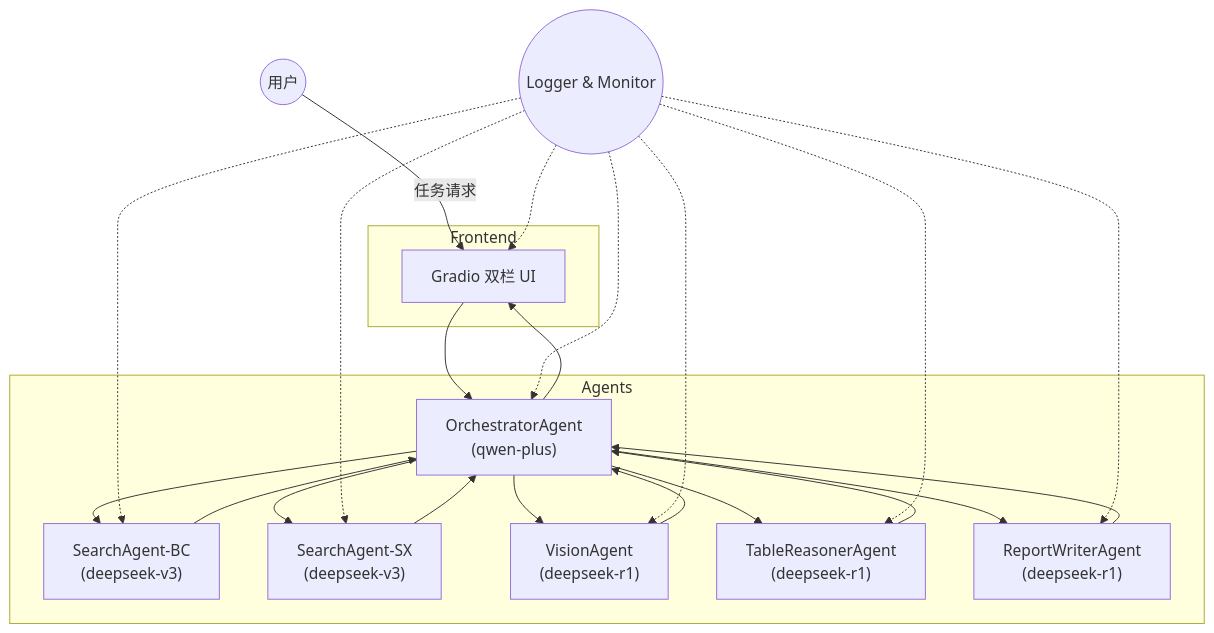
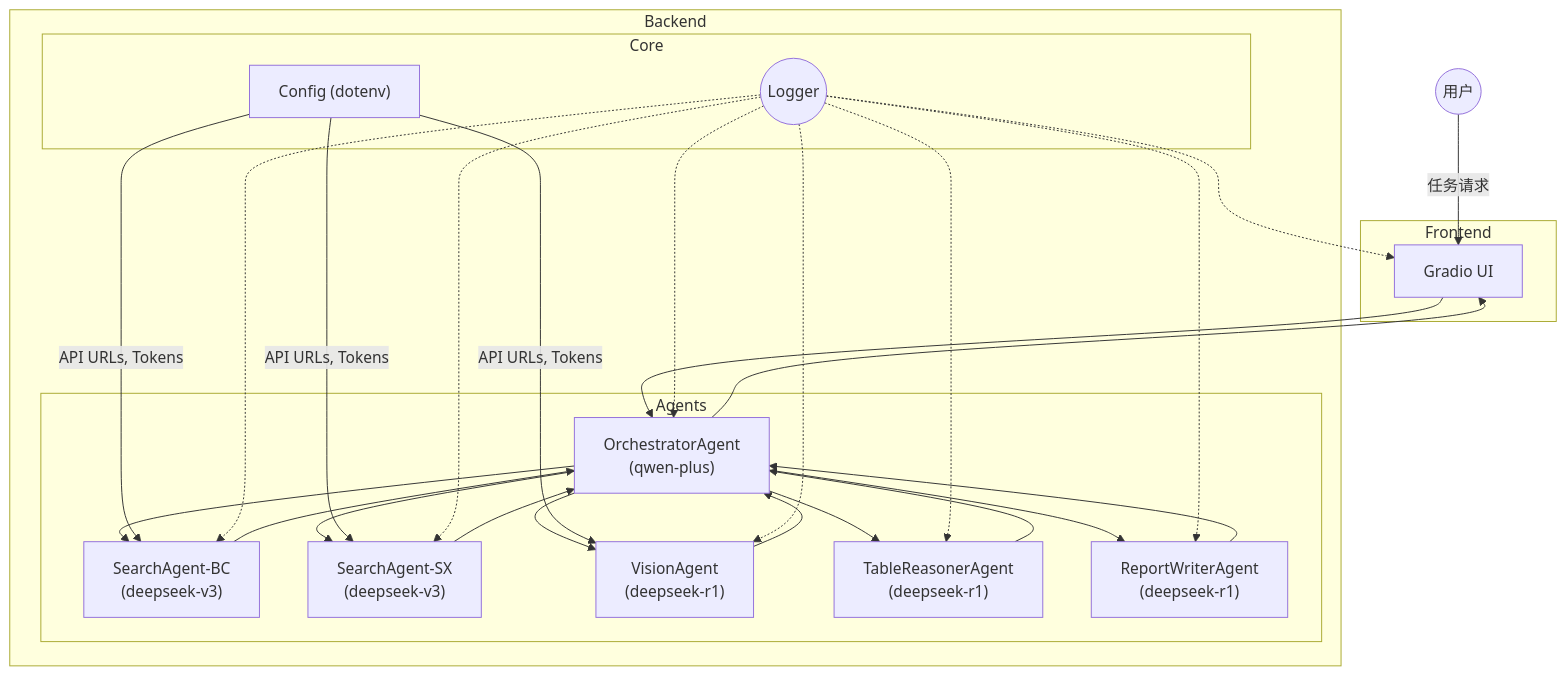
The first of 2 diagrams in autogen_demo/tech.md (huhu-tiger/agent_demo), drawn with Mermaid before and after one commit. The commit also changed other lines of this file and 6 other files, not shown here.

````diff
--- a/autogen_demo/tech.md
+++ b/autogen_demo/tech.md
@@ -23,29 +24,37 @@
 ```mermaid
 graph TD
     subgraph Frontend
-        UI["Gradio 双栏 UI"]
+        UI["Gradio UI"]
     end
 
-    subgraph Agents
-        O["OrchestratorAgent<br/>(qwen-plus)"]
-        SB["SearchAgent-BC<br/>(deepseek-v3)"]
-        SS["SearchAgent-SX<br/>(deepseek-v3)"]
-        V["VisionAgent<br/>(deepseek-r1)"]
-        T["TableReasonerAgent<br/>(deepseek-r1)"]
-        R["ReportWriterAgent<br/>(deepseek-r1)"]
+    subgraph Backend
+        subgraph Agents
+            O["OrchestratorAgent<br/>(qwen-plus)"]
+            SB["SearchAgent-BC<br/>(deepseek-v3)"]
+            SS["SearchAgent-SX<br/>(deepseek-v3)"]
+            V["VisionAgent<br/>(deepseek-r1)"]
+            T["TableReasonerAgent<br/>(deepseek-r1)"]
+            R["ReportWriterAgent<br/>(deepseek-r1)"]
+        end
+        subgraph Core
+            C["Config (dotenv)"]
+            L((Logger))
+        end
     end
 
     User((用户)) -->|任务请求| UI
     UI --> O
     O --> SB & SS
     SB --> O
     SS --> O
     O --> V
     V --> O
     O --> T
     T --> O
     O --> R
     R --> O
     O --> UI
-    Logger((Logger & Monitor)) -.-> SB & SS & V & T & R & O & UI
+
+    C -- "API URLs, Tokens" --> SB & SS & V
+    L -.-> SB & SS & V & T & R & O & UI
 ```
````
